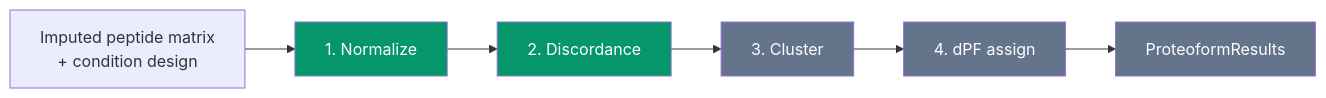
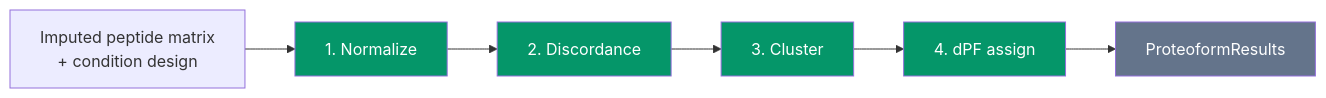
The diagram in docs/index.md (eneskemalergin/ProteoForge), drawn with Mermaid before and after one commit. The commit also changed other lines of this file and 51 other files, not shown here.

````diff
--- a/docs/index.md
+++ b/docs/index.md
@@ -9,21 +7,21 @@
 ```mermaid
 flowchart LR
   IN["Imputed peptide matrix\n+ condition design"]
   N["1. Normalize"]
   D["2. Discordance"]
   C["3. Cluster"]
   P["4. dPF assign"]
   OUT["ProteoformResults"]
 
   IN --> N
   N --> D
   D --> C
   C --> P
   P --> OUT
 
   style N fill:#059669,color:#fff
   style D fill:#059669,color:#fff
-  style C fill:#64748b,color:#fff
-  style P fill:#64748b,color:#fff
+  style C fill:#059669,color:#fff
+  style P fill:#059669,color:#fff
   style OUT fill:#64748b,color:#fff
 ```
````
